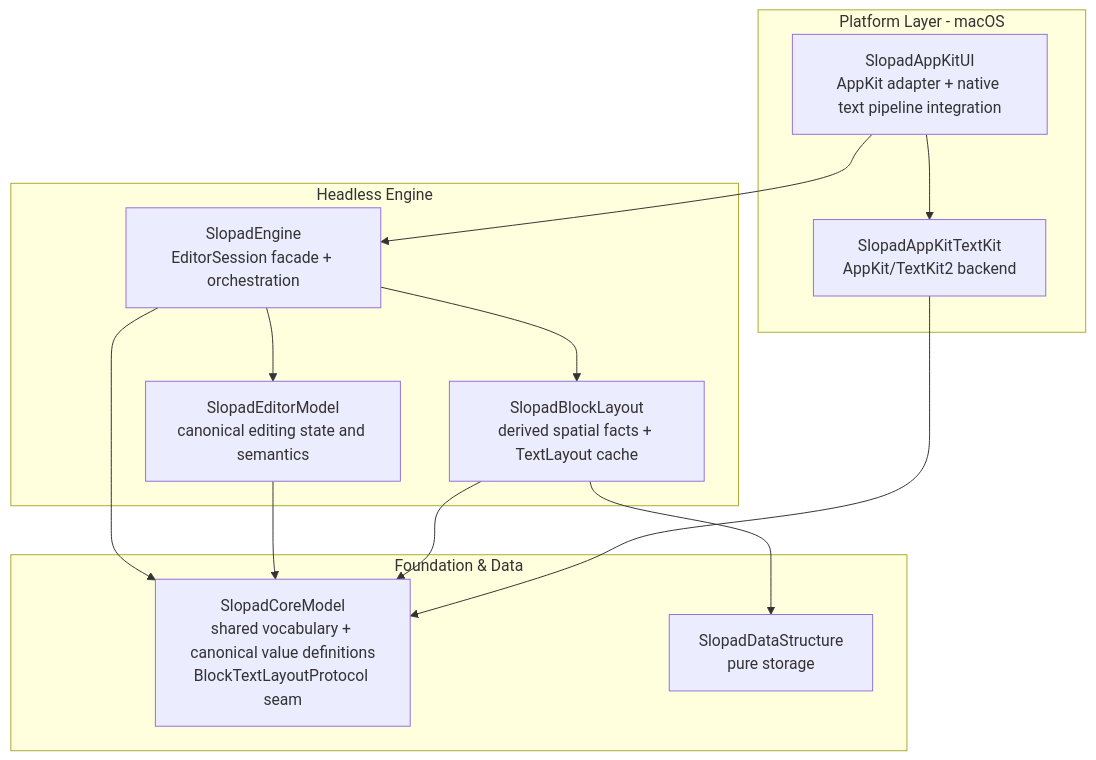
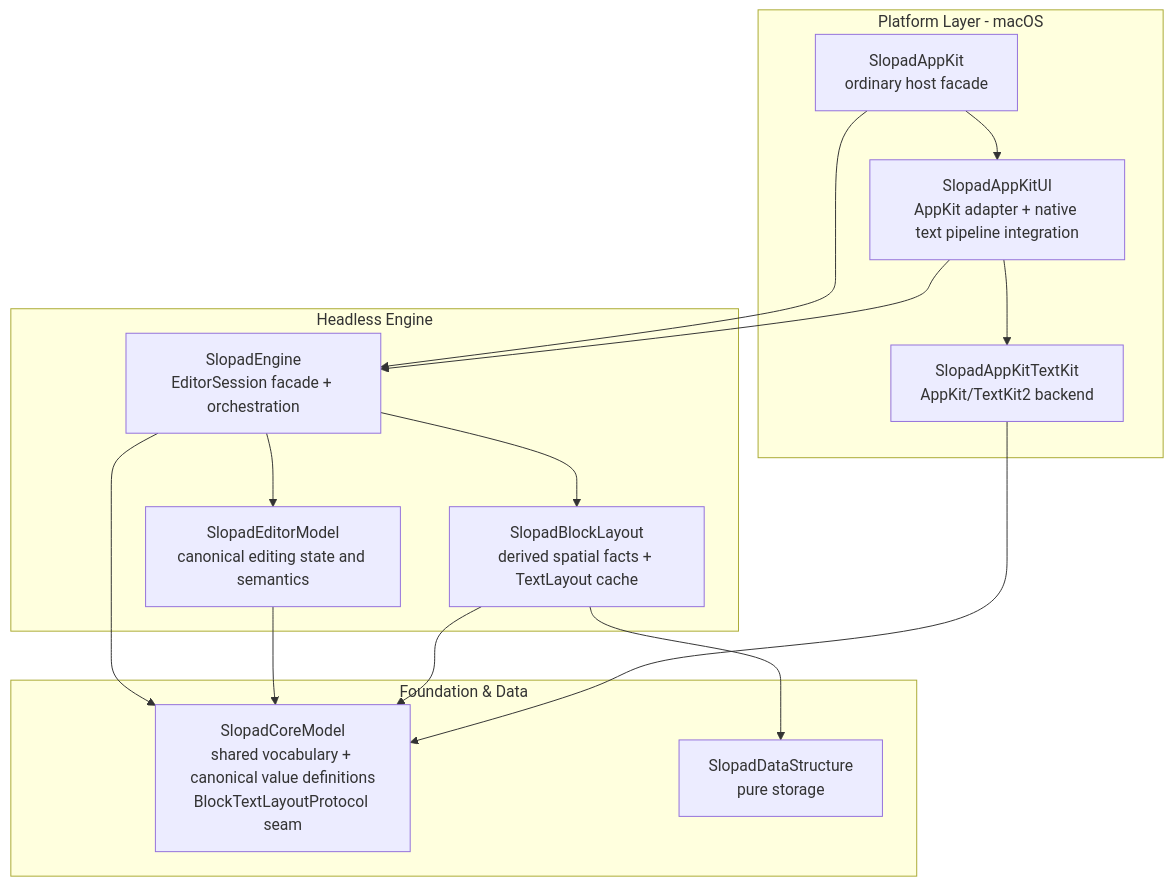
The diagram in README.md (hot666666/Slopad), drawn with Mermaid before and after one commit. The commit also changed other lines of this file and 18 other files, not shown here.

Commit message:
[Public API] Add AppKit platform facade

````diff
--- a/README.md
+++ b/README.md
@@ -61,30 +64,33 @@
 ```mermaid
 flowchart TB
     subgraph Platform["Platform Layer - macOS"]
+        AppKit["SlopadAppKit<br/>ordinary host facade"]
         AppKitUI["SlopadAppKitUI<br/>AppKit adapter + native text pipeline integration"]
         AppKitTextKit["SlopadAppKitTextKit<br/>AppKit/TextKit2 backend"]
     end
 
     subgraph Headless["Headless Engine"]
         Engine["SlopadEngine<br/>EditorSession facade + orchestration"]
         EditorModel["SlopadEditorModel<br/>canonical editing state and semantics"]
         BlockLayout["SlopadBlockLayout<br/>derived spatial facts + TextLayout cache"]
     end
 
     subgraph Foundation["Foundation & Data"]
         CoreModel["SlopadCoreModel<br/>shared vocabulary + canonical value definitions<br/>BlockTextLayoutProtocol seam"]
         DataStructure["SlopadDataStructure<br/>pure storage"]
     end
 
+    AppKit --> AppKitUI
+    AppKit --> Engine
     AppKitUI --> Engine
     AppKitUI --> AppKitTextKit
 
     Engine --> EditorModel
     Engine --> BlockLayout
     Engine --> CoreModel
 
     EditorModel --> CoreModel
     BlockLayout --> CoreModel
     BlockLayout --> DataStructure
     AppKitTextKit --> CoreModel
 ```
````
